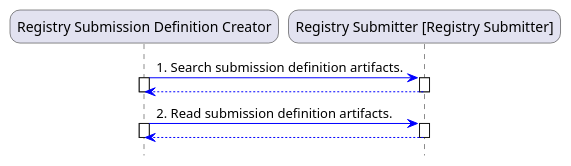
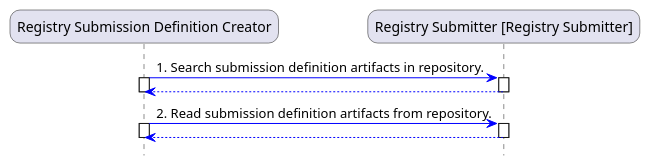
One commit to HL7/fhir-registry-protocols-ig changed the diagram in input/images-source/usecase-ReadSubmission-processflow.plantuml. Above: the diagram before and after it, drawn with PlantUML. The commit also changed 3 other files, not shown here.

```diff
--- a/input/images-source/usecase-ReadSubmission-processflow.plantuml
+++ b/input/images-source/usecase-ReadSubmission-processflow.plantuml
@@ -4,36 +4,36 @@
 @startuml
 hide footbox
 skinparam usecase {
 backgroundColor DeepSkyBlue
 BorderColor DarkSlateGray
 ArrowColor Blue
 }
 
 skinparam Note {
 BackgroundColor LightBlue
 BorderColor Blue
 }
 
 skinparam roundcorner 20
 
 skinparam Component {
 FontName Arial
 Style awesome
 BorderColor DeepSkyBlue
 BackgroundColor LightBlue
 }
 participant "Registry Submission Definition Creator" as RSDC
 participant "Registry Submitter [Registry Submitter]" as RS
-"RSDC" -> "RS" : 1. Search submission definition artifacts.
+"RSDC" -> "RS" : 1. Search submission definition artifacts in repository.
 activate "RSDC"
 activate "RS"
 return
 deactivate "RSDC"
 deactivate "RS"
-"RSDC" -> "RS" : 2. Read submission definition artifacts.
+"RSDC" -> "RS" : 2. Read submission definition artifacts from repository.
 activate "RSDC"
 activate "RS"
 return
 deactivate "RSDC"
 deactivate "RS"
 @enduml
```
